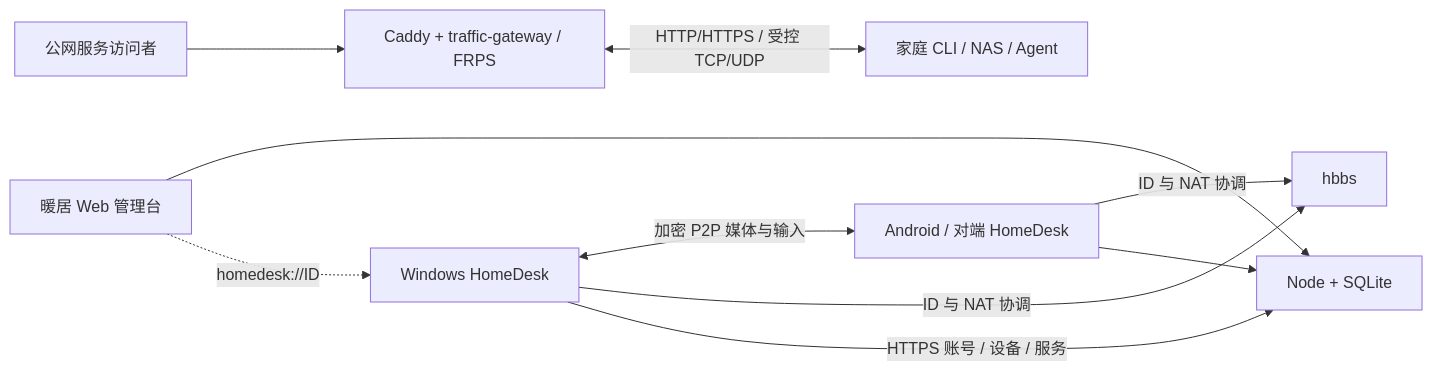
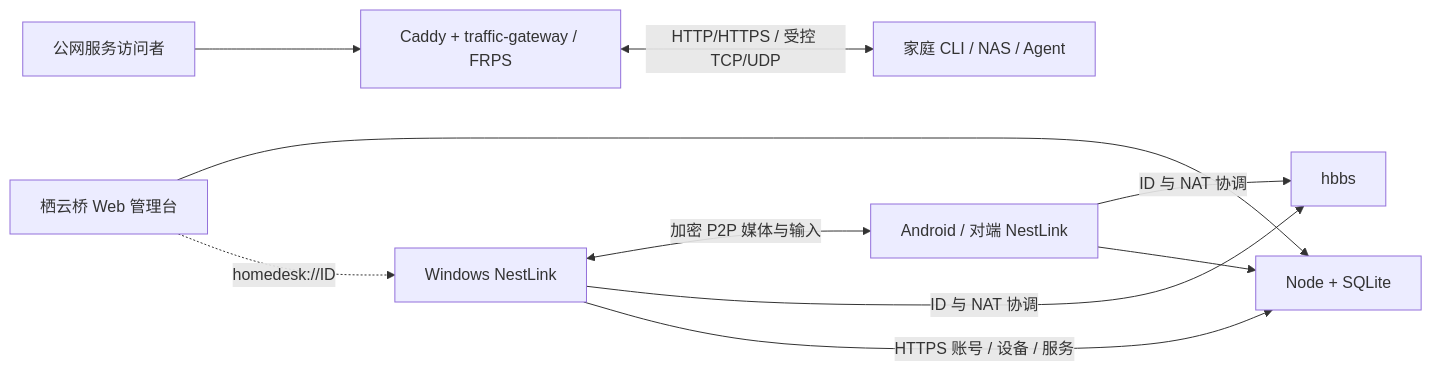
The diagram in docs/ARCHITECTURE.md (ZHanry/home-tunnel), drawn with Mermaid before and after one commit. The commit also changed other lines of this file and 49 other files, not shown here.

Commit message:
feat(distribution): introduce NestLink RC1 brand, native GUI matrix and frozen API v2

````diff
--- a/docs/ARCHITECTURE.md
+++ b/docs/ARCHITECTURE.md
@@ -7,12 +7,12 @@
 ```mermaid
 flowchart LR
-  W[Windows HomeDesk] <-->|加密 P2P 媒体与输入| A[Android / 对端 HomeDesk]
+  W[Windows NestLink] <-->|加密 P2P 媒体与输入| A[Android / 对端 NestLink]
   W -->|ID 与 NAT 协调| H[hbbs]
   A -->|ID 与 NAT 协调| H
   W -->|HTTPS 账号 / 设备 / 服务| C[Node + SQLite]
   A --> C
-  Web[暖居 Web 管理台] --> C
+  Web[栖云桥 Web 管理台] --> C
   Web -.->|homedesk://ID| W
   Visitor[公网服务访问者] --> Edge[Caddy + traffic-gateway / FRPS]
   Edge <-->|HTTP/HTTPS / 受控 TCP/UDP| Agent[家庭 CLI / NAS / Agent]
 ```
````
